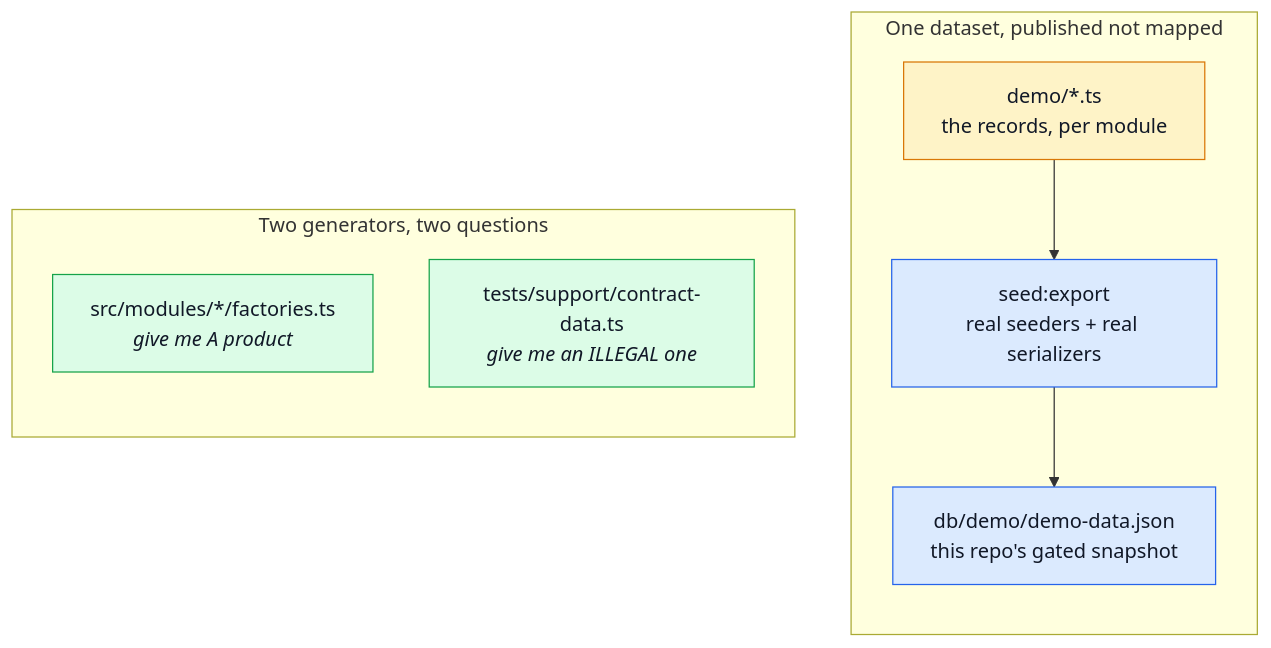
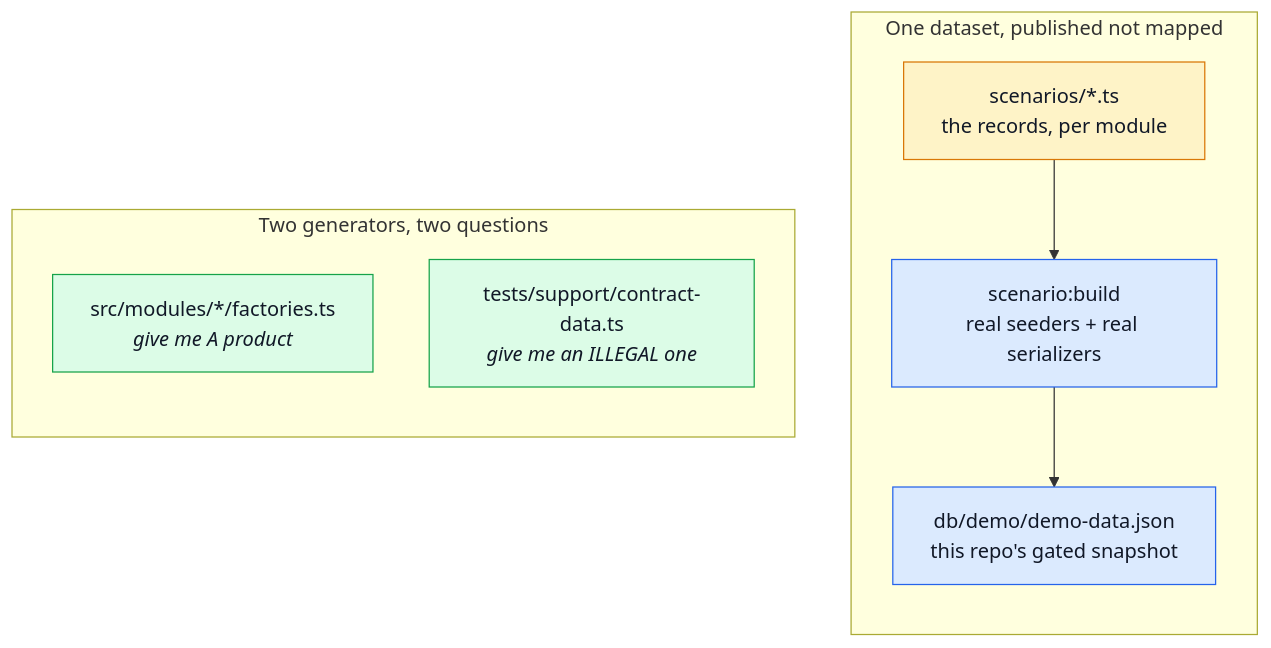
Before and after one commit to Guebbit/boilerplate-node-backend: the second of 3 diagrams in docs/tools/testing-and-docs.md, drawn with Mermaid. The commit also changed other lines of this file and 65 other files, not shown here.

````diff
--- a/docs/tools/testing-and-docs.md
+++ b/docs/tools/testing-and-docs.md
@@ -91,23 +91,23 @@
 ```mermaid
 %%{init: {'flowchart': {'nodeSpacing': 45, 'rankSpacing': 55}}}%%
 flowchart TB
     subgraph one["One dataset, published not mapped"]
         direction TB
-        Seed["demo/*.ts<br/>the records, per module"]
-        Seed --> Export["seed:export<br/>real seeders + real serializers"]
+        Seed["scenarios/*.ts<br/>the records, per module"]
+        Seed --> Export["scenario:build<br/>real seeders + real serializers"]
         Export --> Dataset["db/demo/demo-data.json<br/>this repo's gated snapshot"]
     end
 
     subgraph two["Two generators, two questions"]
         direction TB
         Factories["src/modules/*/factories.ts<br/><i>give me A product</i>"]
         ContractData["tests/support/contract-data.ts<br/><i>give me an ILLEGAL one</i>"]
     end
 
     classDef source fill:#fef3c7,stroke:#d97706,color:#111827;
     classDef mapper fill:#dbeafe,stroke:#2563eb,color:#111827;
     classDef gen fill:#dcfce7,stroke:#16a34a,color:#111827;
     class Seed source;
     class Export,Dataset mapper;
     class Factories,ContractData gen;
 ```
````
